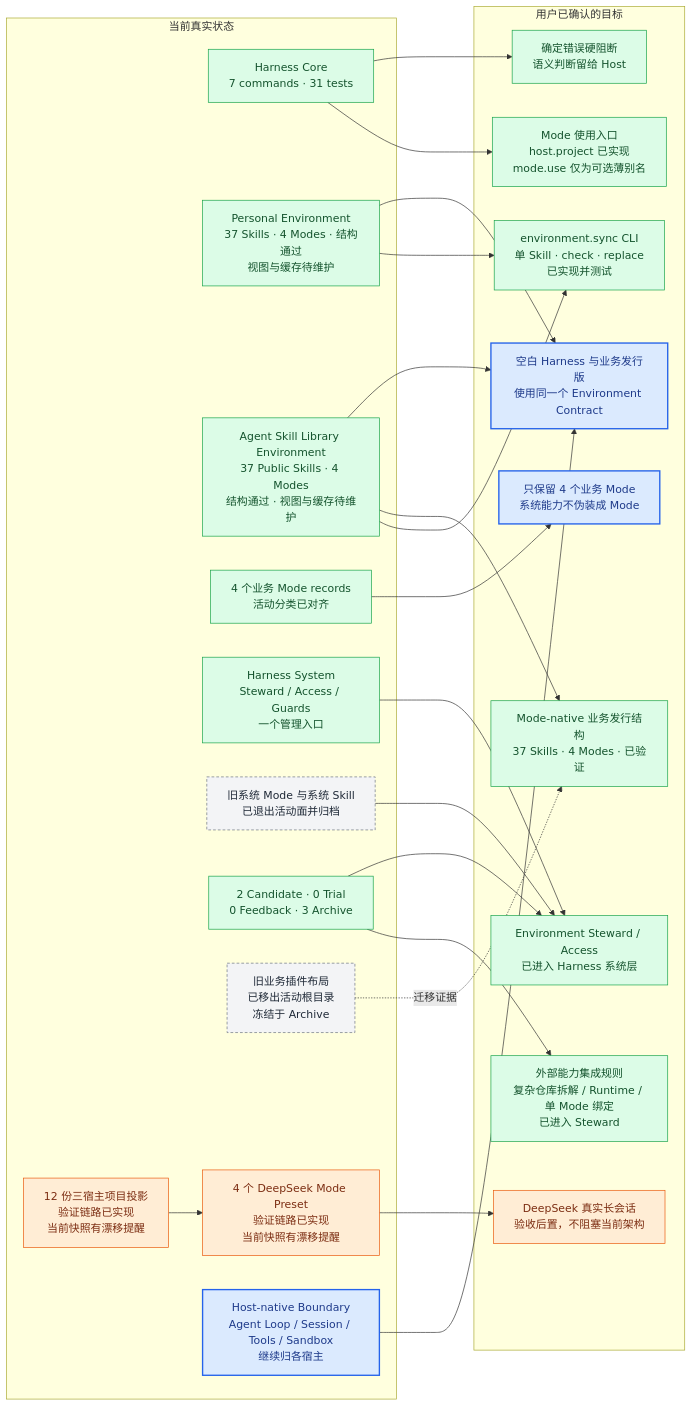
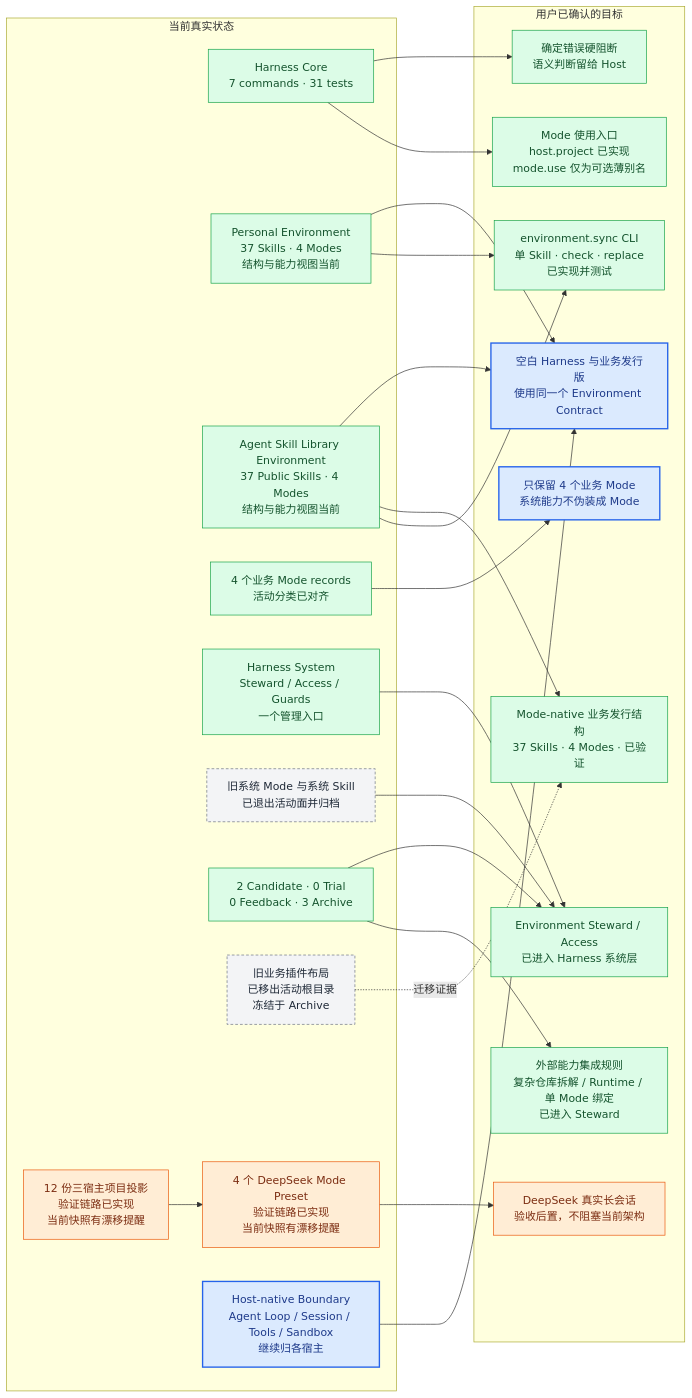
Diagram 15 of 15 in docs/asl-architecture-views.md (qihangzhang-272/asl-harness), drawn with Mermaid before and after one commit. The commit also changed other lines of this file and 1 other file, not shown here.

Commit message:
2026-08-31 04:55｜清理环境缓存并刷新架构状态视图

````diff
--- a/docs/asl-architecture-views.md
+++ b/docs/asl-architecture-views.md
@@ -970,55 +970,55 @@
 ```mermaid
 flowchart LR
     subgraph CURRENT["当前真实状态"]
         HCORE["Harness Core<br/>7 commands · 31 tests"]
-        PENV["Personal Environment<br/>37 Skills · 4 Modes · 结构通过<br/>视图与缓存待维护"]
-        ALIB["Agent Skill Library Environment<br/>37 Public Skills · 4 Modes<br/>结构通过 · 视图与缓存待维护"]
+        PENV["Personal Environment<br/>37 Skills · 4 Modes<br/>结构与能力视图当前"]
+        ALIB["Agent Skill Library Environment<br/>37 Public Skills · 4 Modes<br/>结构与能力视图当前"]
         BUSINESS["4 个业务 Mode records<br/>活动分类已对齐"]
         SYSTEM["Harness System<br/>Steward / Access / Guards<br/>一个管理入口"]
         ARCHIVED["旧系统 Mode 与系统 Skill<br/>已退出活动面并归档"]
         CULT["2 Candidate · 0 Trial<br/>0 Feedback · 3 Archive"]
         LEGACY["旧业务插件布局<br/>已移出活动根目录<br/>冻结于 Archive"]
         PROJECTS["12 份三宿主项目投影<br/>验证链路已实现<br/>当前快照有漂移提醒"]
         PRESETS["4 个 DeepSeek Mode Preset<br/>验证链路已实现<br/>当前快照有漂移提醒"]
         NATIVE["Host-native Boundary<br/>Agent Loop / Session / Tools / Sandbox<br/>继续归各宿主"]
     end
 
     subgraph TARGET["用户已确认的目标"]
         CONTRACT["空白 Harness 与业务发行版<br/>使用同一个 Environment Contract"]
         FOUR["只保留 4 个业务 Mode<br/>系统能力不伪装成 Mode"]
         STEWARD["Environment Steward / Access<br/>已进入 Harness 系统层"]
         INTEGRATE["外部能力集成规则<br/>复杂仓库拆解 / Runtime / 单 Mode 绑定<br/>已进入 Steward"]
         GUARDS["确定错误硬阻断<br/>语义判断留给 Host"]
         MODE_NATIVE["Mode-native 业务发行结构<br/>37 Skills · 4 Modes · 已验证"]
         SYNC_CLI["environment.sync CLI<br/>单 Skill · check · replace<br/>已实现并测试"]
         MODE_UX["Mode 使用入口<br/>host.project 已实现<br/>mode.use 仅为可选薄别名"]
         DSH_RUNTIME["DeepSeek 真实长会话<br/>验收后置，不阻塞当前架构"]
     end
 
     HCORE --> GUARDS
     PENV --> CONTRACT
     ALIB --> CONTRACT
     ALIB --> MODE_NATIVE
     BUSINESS --> FOUR
     SYSTEM --> STEWARD
     ARCHIVED --> STEWARD
     CULT --> STEWARD
     CULT --> INTEGRATE
     LEGACY -.迁移证据.-> MODE_NATIVE
     PROJECTS --> PRESETS
     PRESETS --> DSH_RUNTIME
     NATIVE --> CONTRACT
     ALIB --> SYNC_CLI
     PENV --> SYNC_CLI
     HCORE --> MODE_UX
 
     classDef locked fill:#dbeafe,stroke:#2563eb,color:#1e3a8a,stroke-width:2px;
     classDef done fill:#dcfce7,stroke:#16a34a,color:#14532d;
     classDef optimize fill:#ffedd5,stroke:#ea580c,color:#7c2d12;
     classDef remove fill:#fee2e2,stroke:#dc2626,color:#7f1d1d,stroke-width:2px;
     classDef generated fill:#f3f4f6,stroke:#6b7280,color:#1f2937,stroke-dasharray:4 3;
     class HCORE,PENV,ALIB,BUSINESS,SYSTEM,CULT,STEWARD,GUARDS,INTEGRATE,MODE_NATIVE,SYNC_CLI,MODE_UX done;
     class DSH_RUNTIME,PROJECTS,PRESETS optimize;
     class LEGACY,ARCHIVED generated;
     class CONTRACT,FOUR,NATIVE locked;
 ```
````
